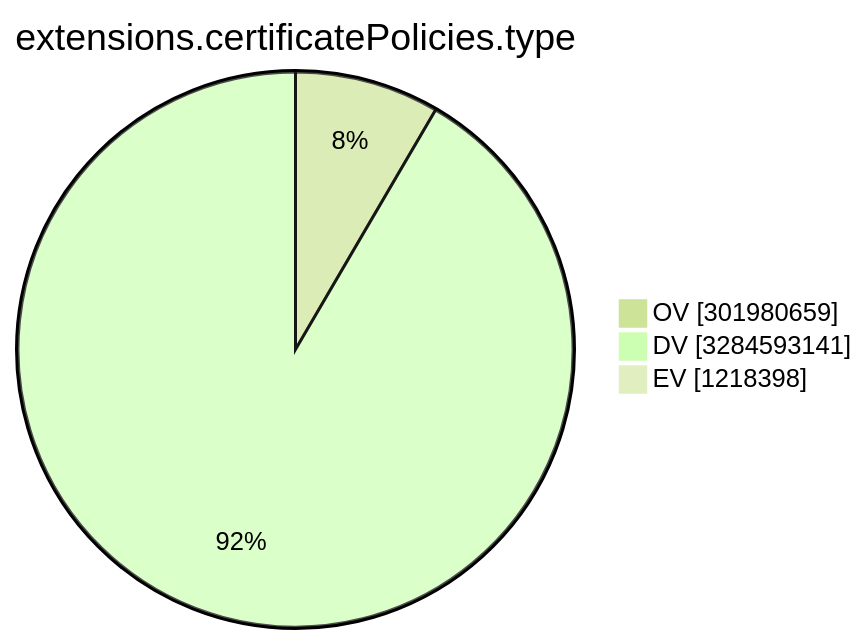
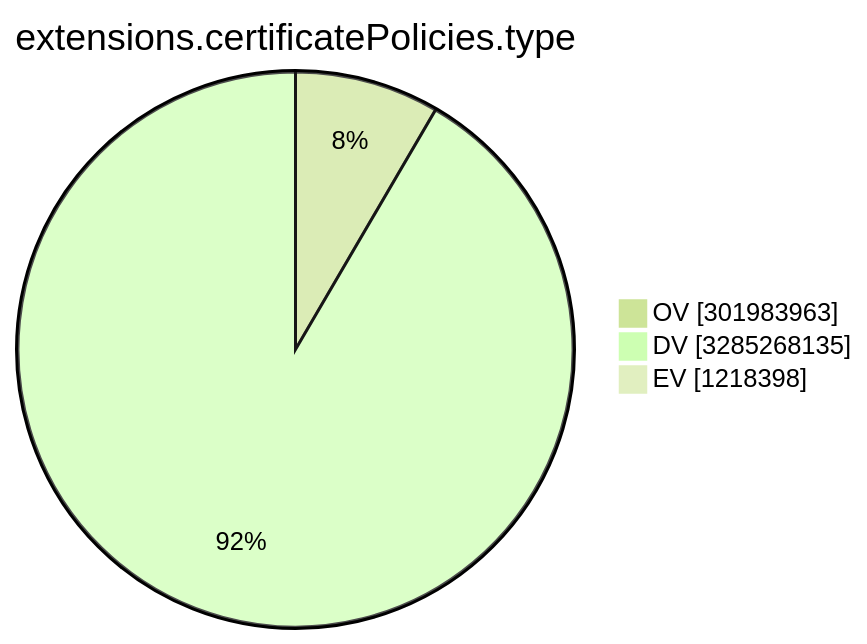
The ninth of 15 diagrams in TOTAL/README.md (christiankrug/ctmonitor_visualization), drawn with Mermaid (forest theme) before and after one commit. The commit also changed other lines of this file, not shown here.

````diff
--- a/TOTAL/README.md
+++ b/TOTAL/README.md
@@ -3107,7 +3107,7 @@
 ```mermaid
 pie showData
 title extensions.certificatePolicies.type
-"OV" :301980659
-"DV" :3284593141
+"OV" :301983963
+"DV" :3285268135
 "EV" :1218398
 ```
````
